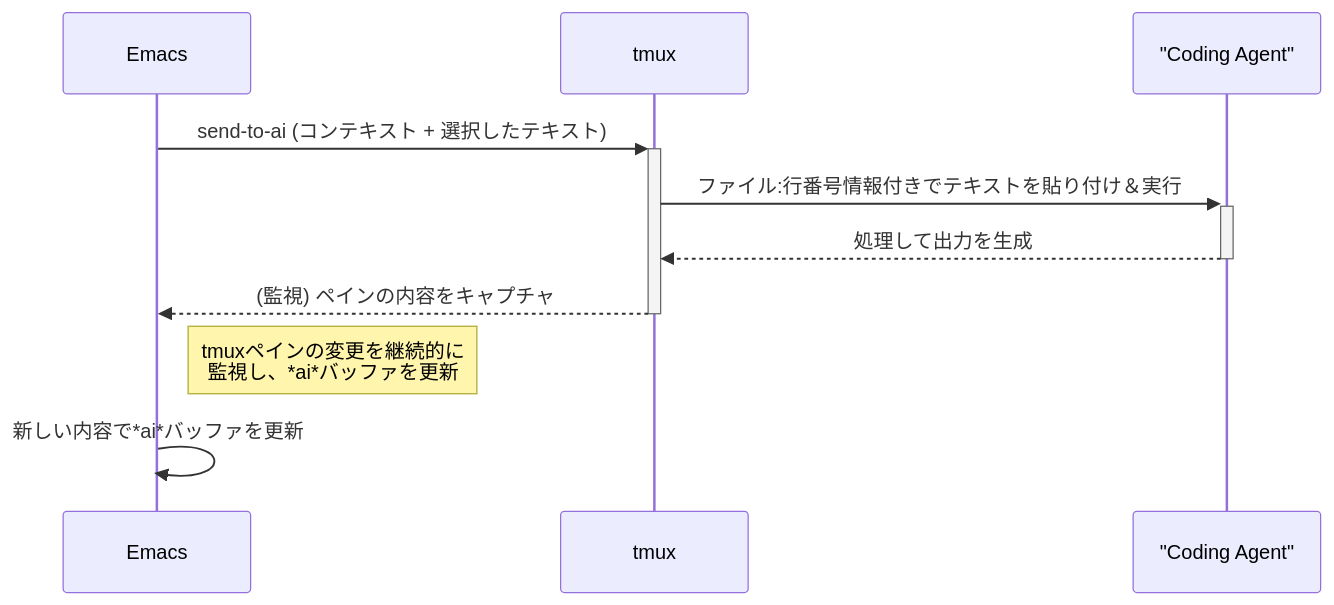
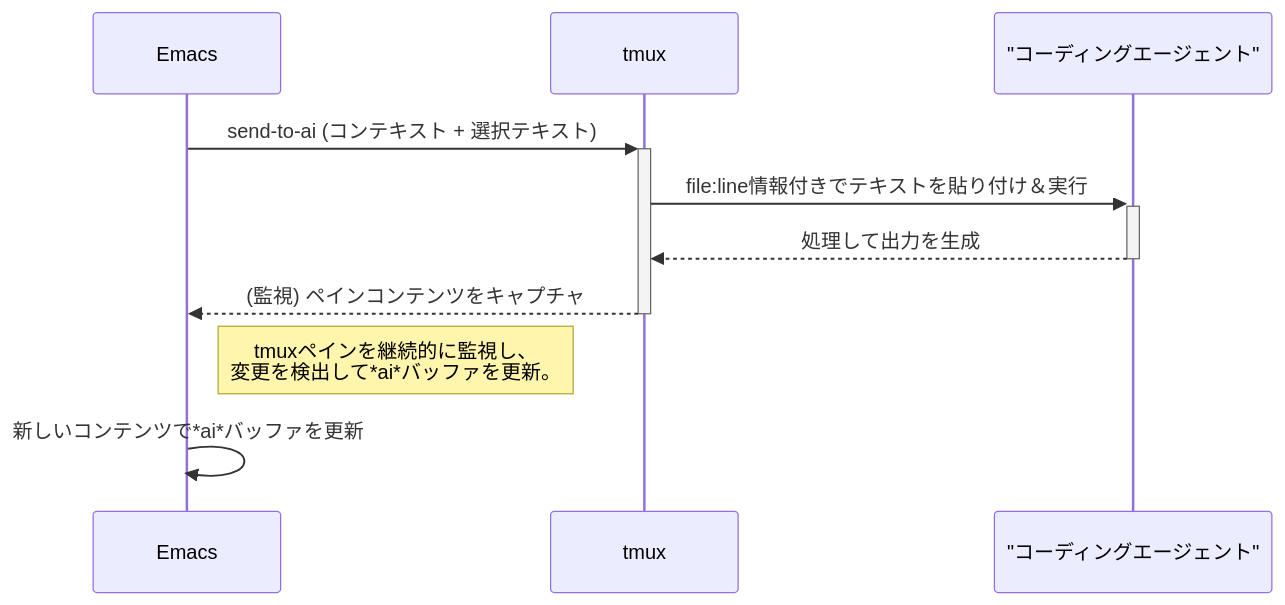
Before and after one commit to kiyoka/emacs-ai-agent-bridge: the diagram in README.ja.md, drawn with Mermaid. The commit also changed other lines of this file, not shown here.

````diff
--- a/README.ja.md
+++ b/README.ja.md
@@ -163,13 +163,13 @@
 ```mermaid
 sequenceDiagram
     participant Emacs
     participant tmux
-    participant "Coding Agent"
+    participant "コーディングエージェント"
 
-    Emacs->>+tmux: send-to-ai (コンテキスト + 選択したテキスト)
-    tmux->>+"Coding Agent": ファイル:行番号情報付きでテキストを貼り付け＆実行
-    "Coding Agent"-->>-tmux: 処理して出力を生成
-    tmux-->>-Emacs: (監視) ペインの内容をキャプチャ
-    Note right of Emacs: tmuxペインの変更を継続的に<br/>監視し、*ai*バッファを更新
-    Emacs->>Emacs: 新しい内容で*ai*バッファを更新
+    Emacs->>+tmux: send-to-ai (コンテキスト + 選択テキスト)
+    tmux->>+"コーディングエージェント": file:line情報付きでテキストを貼り付け＆実行
+    "コーディングエージェント"-->>-tmux: 処理して出力を生成
+    tmux-->>-Emacs: (監視) ペインコンテンツをキャプチャ
+    Note right of Emacs: tmuxペインを継続的に監視し、<br/>変更を検出して*ai*バッファを更新。
+    Emacs->>Emacs: 新しいコンテンツで*ai*バッファを更新
 ```
````
